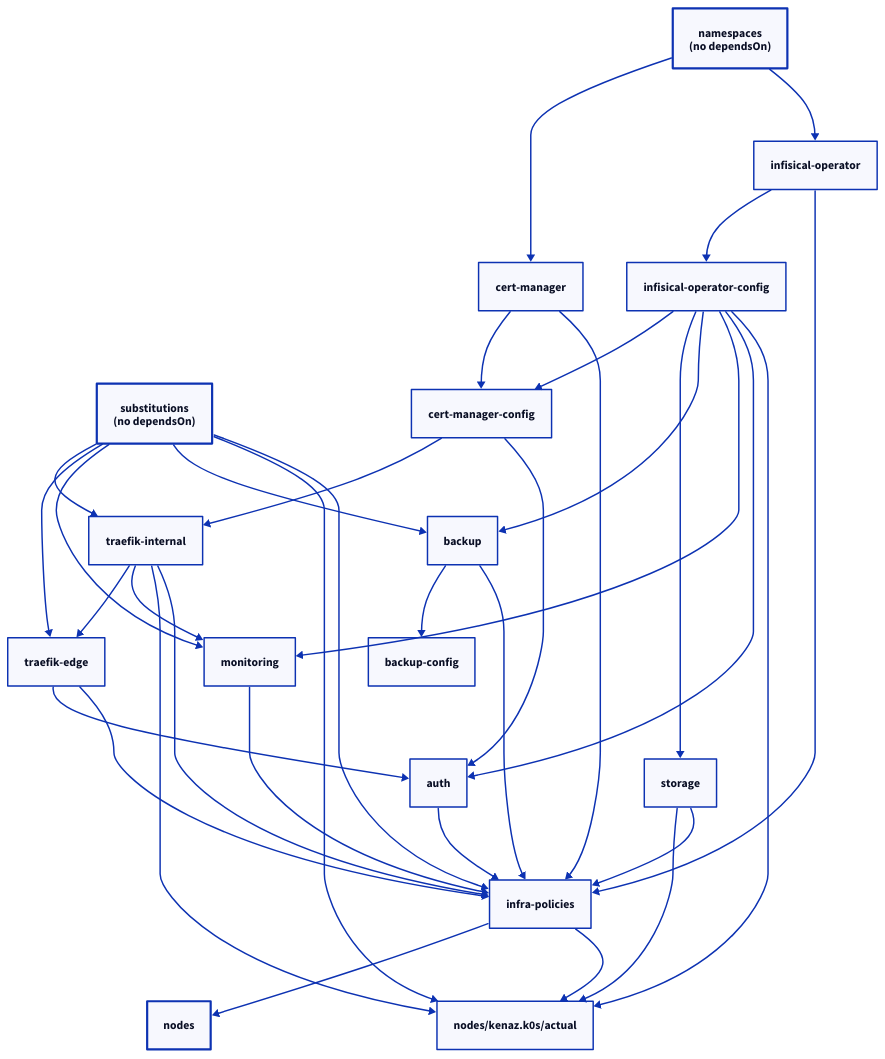
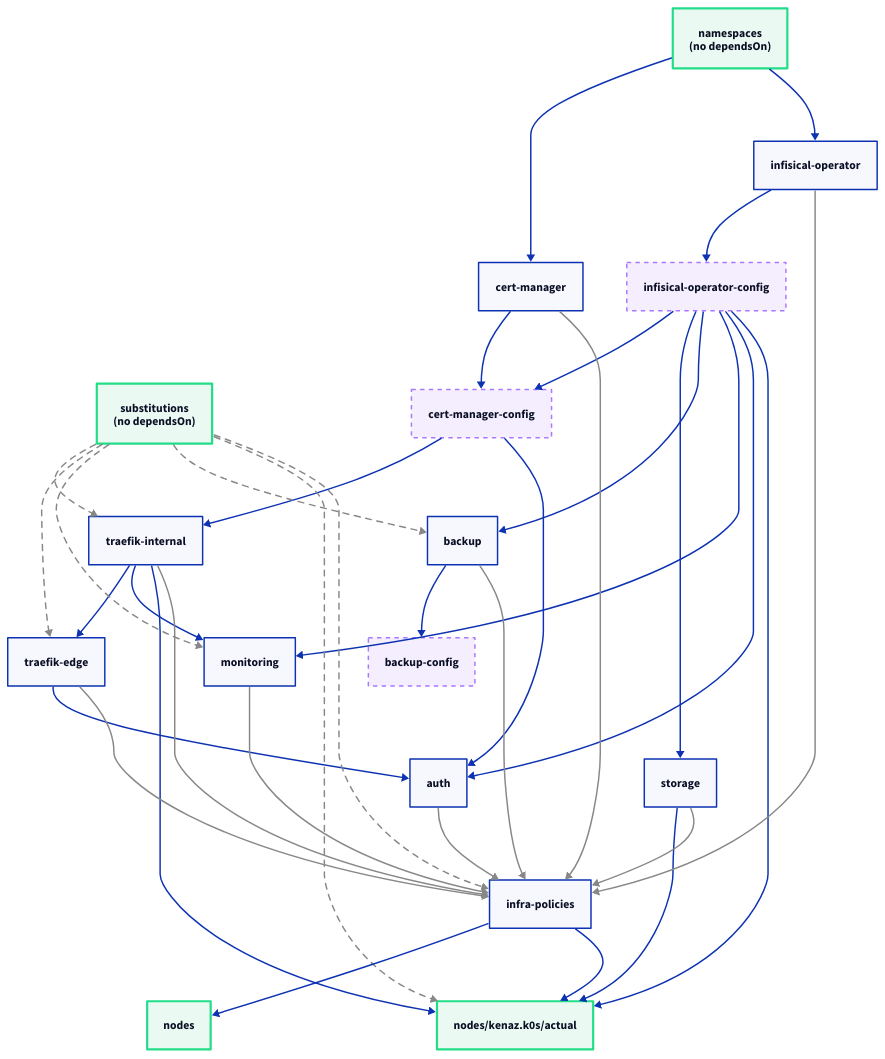
Before and after one commit to brewcoua/futhark: the diagram in docs/src/conventions/ordering.md, drawn with D2. The commit also changed other lines of this file and 2 other files, not shown here.

Commit message:
docs: de-bloat startup ordering graph
42 same-weight edges rendered as spaghetti. Two bundles carry no
ordering meaning worth tracing, so grey them out and let the spine
read through: substitution sources only have to exist, and the
infra-policies fan-in is every infra controller by definition.

Switch this one diagram to ELK. Orthogonal routing makes a single
edge followable where dagre's beziers cross unpredictably; costs
height.

nodes/kenaz.k0s/actual was missing the thick border the prose has
always claimed for both sinks.

Arrowheads are filled polygons, so a sentinel that colors an edge
needs a [fill] rule as well as [stroke]. The existing #888 was
stroke-only and would have rendered fixed-grey arrowheads here.

````diff
--- a/docs/src/conventions/ordering.md
+++ b/docs/src/conventions/ordering.md
@@ -14,15 +18,47 @@
 ```d2
+vars: {
+  d2-config: {
+    layout-engine: elk
+  }
+}
+
 direction: down
 
-namespaces: namespaces\n(no dependsOn) { style.stroke-width: 3 }
-substitutions: substitutions\n(no dependsOn) { style.stroke-width: 3 }
+classes: {
+  boundary: {
+    style: {
+      stroke-width: 3
+      stroke: "#2d8"
+      fill: "#eafaf2"
+    }
+  }
+  config: {
+    style: {
+      stroke-dash: 3
+      stroke: "#a7f"
+      fill: "#f5eefe"
+    }
+  }
+  presence: {
+    style: {
+      stroke: "#888"
+      stroke-dash: 4
+    }
+  }
+  bulk: {
+    style.stroke: "#888"
+  }
+}
 
-infisical-operator-config: infisical-operator-config
-cert-manager-config: cert-manager-config
-backup-config: backup-config
+namespaces: namespaces\n(no dependsOn) { class: boundary }
+substitutions: substitutions\n(no dependsOn) { class: boundary }
 
-nodes: nodes { style.stroke-width: 3 }
-actual: nodes/kenaz.k0s/actual
+infisical-operator-config: infisical-operator-config { class: config }
+cert-manager-config: cert-manager-config { class: config }
+backup-config: backup-config { class: config }
+
+nodes: nodes { class: boundary }
+actual: nodes/kenaz.k0s/actual { class: boundary }
 
 namespaces -> cert-manager
 namespaces -> infisical-operator
@@ -48,21 +84,21 @@
 storage -> actual
 backup -> backup-config
 
-substitutions -> traefik-internal
-substitutions -> traefik-edge
-substitutions -> monitoring
-substitutions -> backup
-substitutions -> actual
-substitutions -> infra-policies
+substitutions -> traefik-internal { class: presence }
+substitutions -> traefik-edge { class: presence }
+substitutions -> monitoring { class: presence }
+substitutions -> backup { class: presence }
+substitutions -> actual { class: presence }
+substitutions -> infra-policies { class: presence }
 
-cert-manager -> infra-policies
-infisical-operator -> infra-policies
-traefik-internal -> infra-policies
-traefik-edge -> infra-policies
-storage -> infra-policies
-backup -> infra-policies
-monitoring -> infra-policies
-auth -> infra-policies
+cert-manager -> infra-policies { class: bulk }
+infisical-operator -> infra-policies { class: bulk }
+traefik-internal -> infra-policies { class: bulk }
+traefik-edge -> infra-policies { class: bulk }
+storage -> infra-policies { class: bulk }
+backup -> infra-policies { class: bulk }
+monitoring -> infra-policies { class: bulk }
+auth -> infra-policies { class: bulk }
 
 infra-policies -> nodes
 infra-policies -> actual
````
